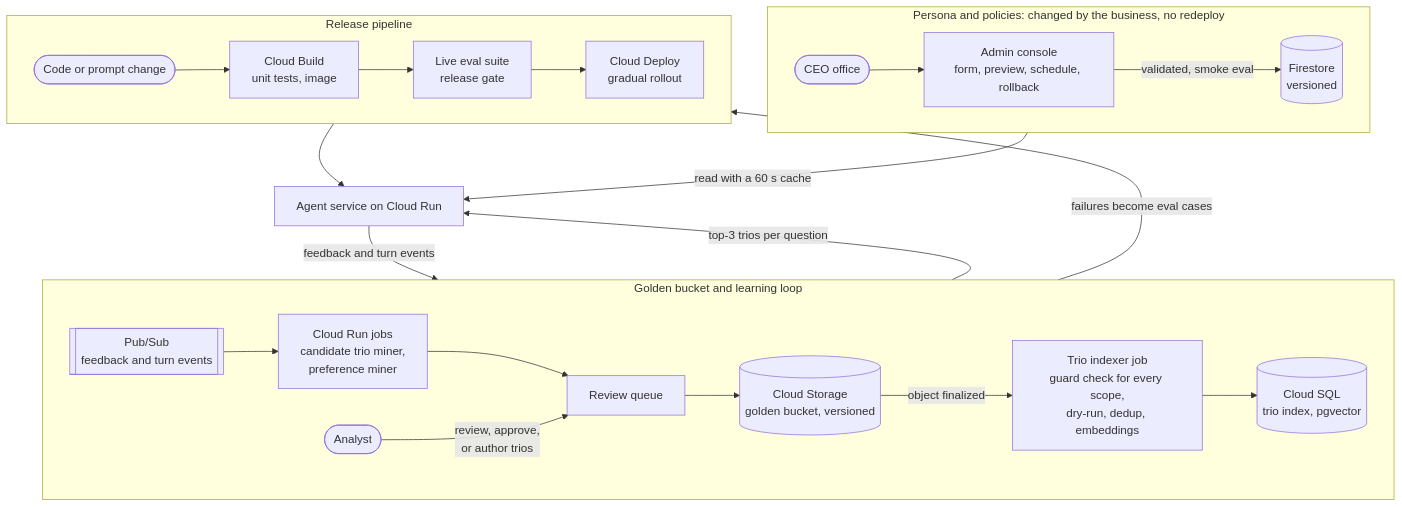
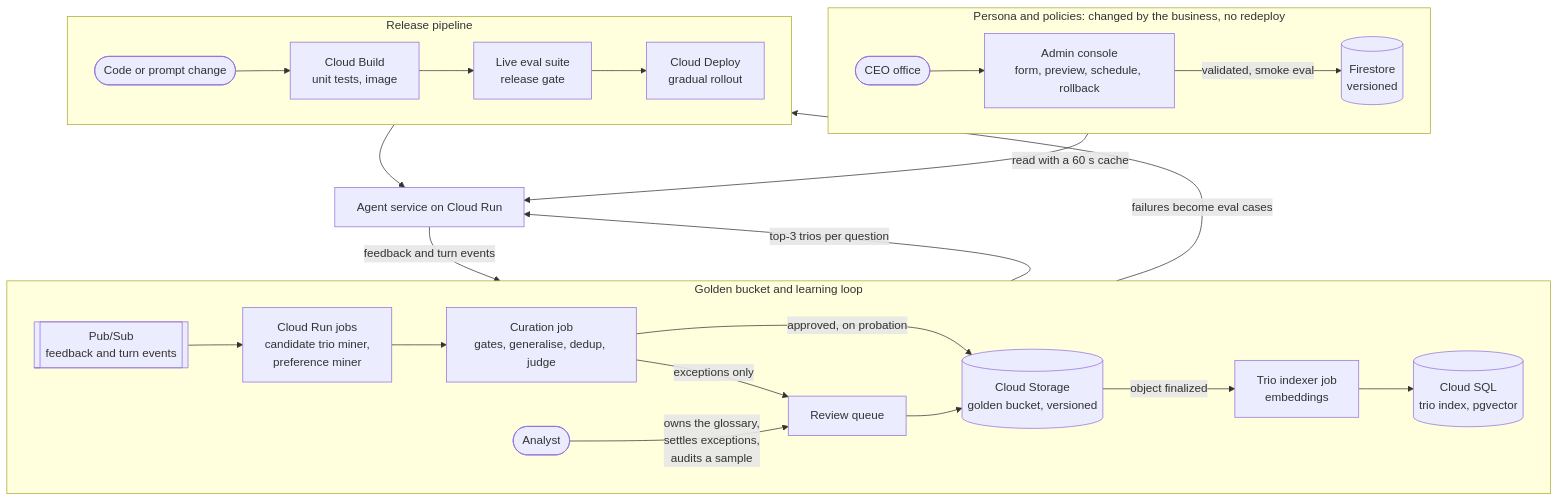
One commit to FabioMurgese/retail-data-agent changed the second of 6 diagrams in docs/HLD.md. Above: the diagram before and after it, drawn with Mermaid. The commit also changed other lines of this file and 36 other files, not shown here.

Commit message:
Add automatic curation of golden trios (safety gates, generalisation, duplicate check and judge), and fix a quoting issue that silently dropped brands with apostrophes.

````diff
--- a/docs/HLD.md
+++ b/docs/HLD.md
@@ -85,30 +85,32 @@
 ```mermaid
 flowchart TB
     subgraph sg_cfg["Persona and policies: changed by the business, no redeploy"]
         direction LR
         owner(["CEO office"]) --> admin["Admin console<br/>form, preview, schedule, rollback"]
         admin -->|"validated, smoke eval"| fs[("Firestore<br/>versioned")]
     end
 
     subgraph sg_gold["Golden bucket and learning loop"]
         direction LR
         ps[["Pub/Sub<br/>feedback and turn events"]] --> miners["Cloud Run jobs<br/>candidate trio miner,<br/>preference miner"]
-        miners --> queue["Review queue"]
-        analyst(["Analyst"]) -->|"review, approve,<br/>or author trios"| queue
-        queue --> gcs[("Cloud Storage<br/>golden bucket, versioned")]
-        gcs -->|"object finalized"| indexer["Trio indexer job<br/>guard check for every scope,<br/>dry-run, dedup, embeddings"]
+        miners --> curate["Curation job<br/>gates, generalise, dedup, judge"]
+        curate -->|"approved, on probation"| gcs[("Cloud Storage<br/>golden bucket, versioned")]
+        curate -->|"exceptions only"| queue["Review queue"]
+        analyst(["Analyst"]) -->|"owns the glossary,<br/>settles exceptions,<br/>audits a sample"| queue
+        queue --> gcs
+        gcs -->|"object finalized"| indexer["Trio indexer job<br/>embeddings"]
         indexer --> pg[("Cloud SQL<br/>trio index, pgvector")]
     end
 
     subgraph sg_rel["Release pipeline"]
         direction LR
         commit(["Code or prompt change"]) --> build["Cloud Build<br/>unit tests, image"] --> evals["Live eval suite<br/>release gate"] --> deploy["Cloud Deploy<br/>gradual rollout"]
     end
 
     svc["Agent service on Cloud Run"]
     fs -->|"read with a 60 s cache"| svc
     svc -->|"feedback and turn events"| ps
     pg -->|"top-3 trios per question"| svc
     miners -->|"failures become eval cases"| evals
     deploy --> svc
 ```
````
